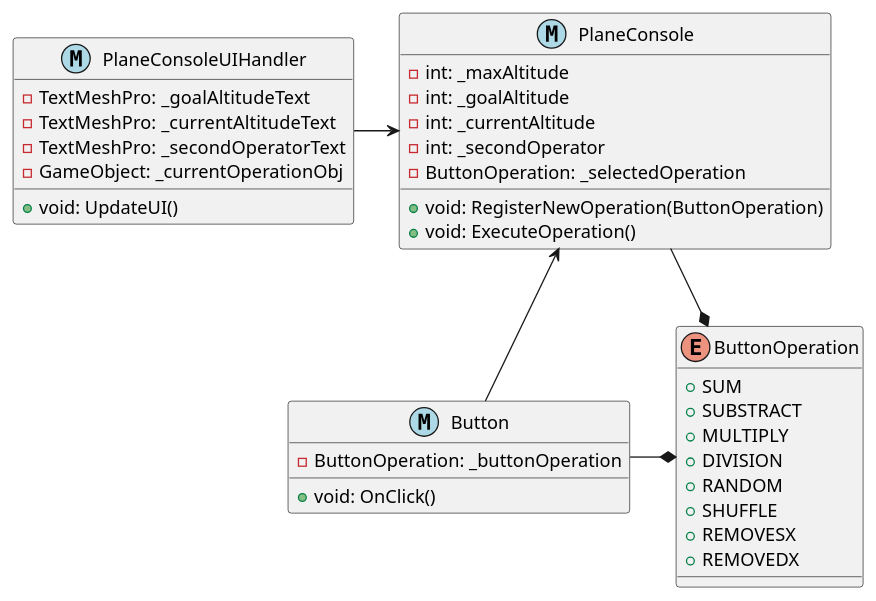
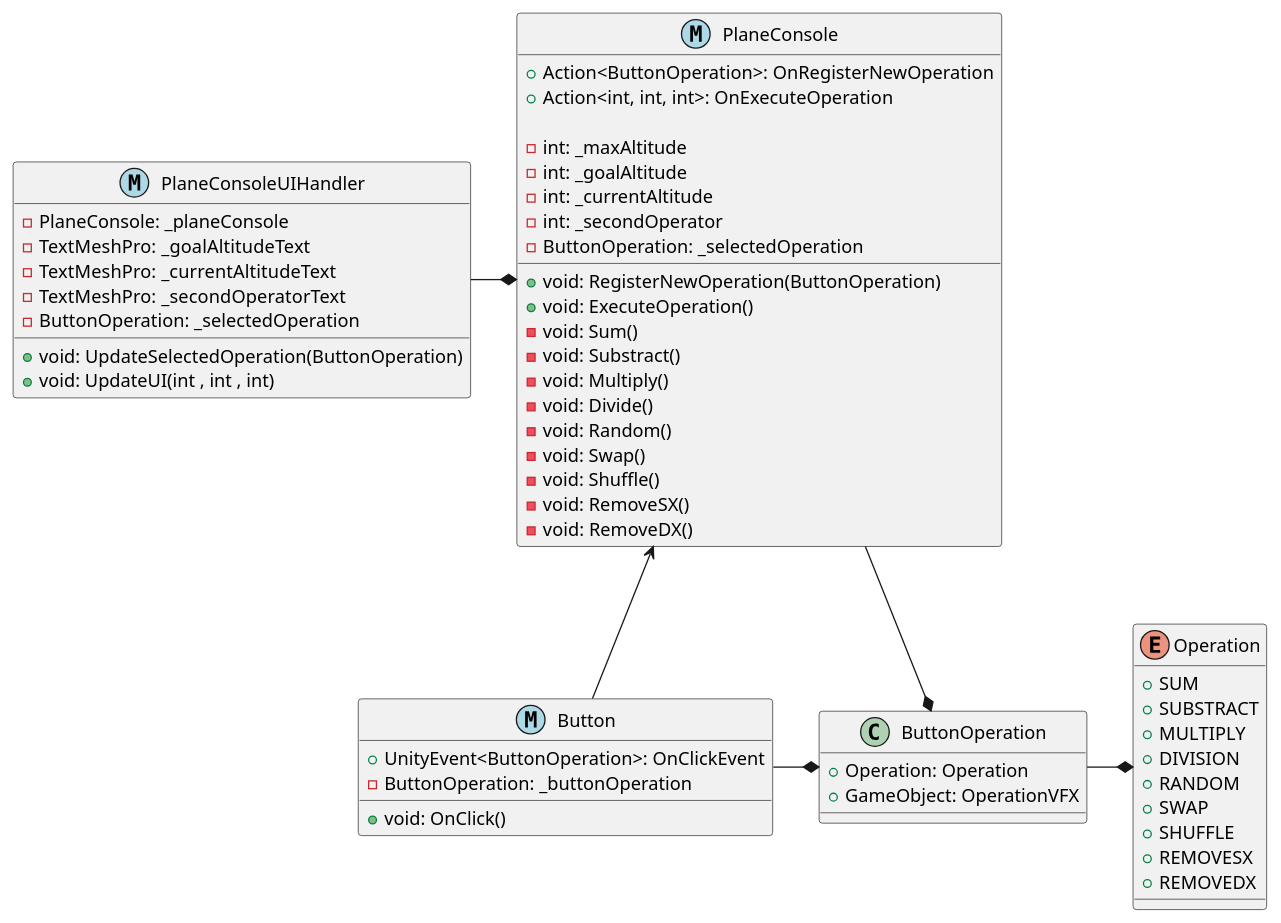
One commit to Bestianich/UGJ_2026 changed the diagram in src/UGJ_2026/Assets/01_Scripts/00_Architecture.puml. Above: the diagram before and after it, drawn with PlantUML. The commit also changed 6 other files, not shown here.

```diff
--- a/src/UGJ_2026/Assets/01_Scripts/00_Architecture.puml
+++ b/src/UGJ_2026/Assets/01_Scripts/00_Architecture.puml
@@ -1,50 +1,73 @@
 @startuml 
 
 class PlaneConsole <<(M , lightblue)>>
 {
+    +Action<ButtonOperation>: OnRegisterNewOperation
+    +Action<int, int, int>: OnExecuteOperation
 
     -int: _maxAltitude
     -int: _goalAltitude
     -int: _currentAltitude
     -int: _secondOperator
     -ButtonOperation: _selectedOperation
     
     +void: RegisterNewOperation(ButtonOperation)
     +void: ExecuteOperation()
         
+    -void: Sum()
+    -void: Substract()
+    -void: Multiply()
+    -void: Divide()
+    -void: Random()
+    -void: Swap()
+    -void: Shuffle()
+    -void: RemoveSX()
+    -void: RemoveDX()
+    
 } 
 
 class PlaneConsoleUIHandler <<(M , lightblue)>>
 {
+    -PlaneConsole: _planeConsole
     -TextMeshPro: _goalAltitudeText
     -TextMeshPro: _currentAltitudeText
     -TextMeshPro: _secondOperatorText
-    -GameObject: _currentOperationObj
+    -ButtonOperation: _selectedOperation
     
-    +void: UpdateUI()
+    +void: UpdateSelectedOperation(ButtonOperation)
+    +void: UpdateUI(int , int , int)
      
 }
 
-enum ButtonOperation
+class ButtonOperation
+{
+    +Operation: Operation
+    +GameObject: OperationVFX
+}
+
+enum Operation
 {
     +SUM
     +SUBSTRACT
     +MULTIPLY
     +DIVISION
     +RANDOM
+    +SWAP
     +SHUFFLE
     +REMOVESX
     +REMOVEDX
 }
 
 class Button <<(M , lightblue)>>
 {
+    +UnityEvent<ButtonOperation>: OnClickEvent
     -ButtonOperation: _buttonOperation
     +void: OnClick()
 }
 
 PlaneConsole -* ButtonOperation
-PlaneConsoleUIHandler -> PlaneConsole
+PlaneConsoleUIHandler -* PlaneConsole
 PlaneConsole <--  Button
 Button -* ButtonOperation
+ButtonOperation -* Operation
 @enduml
```
